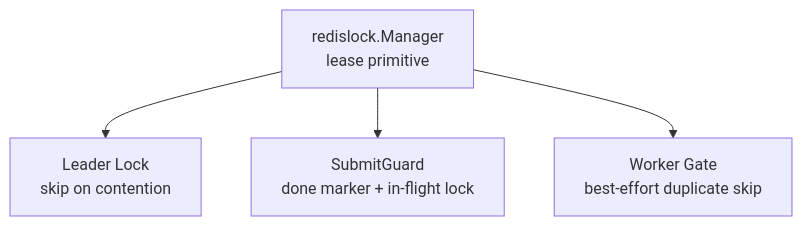
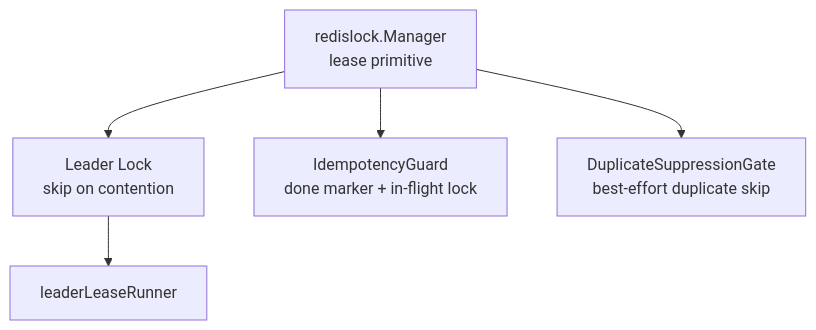
The first of 2 diagrams in docs/03-基础设施/resilience/04-RedisLock幂等与重复抑制.md (FangcunMount/qs-server), drawn with Mermaid before and after one commit. The commit also changed other lines of this file and 58 other files, not shown here.

Commit message:
pref Resilience Plane 重构：WorkerPool、显式 Backpressure、三类 Lock 语义接口

````diff
--- a/docs/03-基础设施/resilience/04-RedisLock幂等与重复抑制.md
+++ b/docs/03-基础设施/resilience/04-RedisLock幂等与重复抑制.md
@@ -16,11 +16,12 @@
 ```mermaid
 flowchart TD
     redislock["redislock.Manager<br/>lease primitive"]
     leader["Leader Lock<br/>skip on contention"]
-    submit["SubmitGuard<br/>done marker + in-flight lock"]
-    duplicate["Worker Gate<br/>best-effort duplicate skip"]
+    leaderPort["leaderLeaseRunner"]
+    submit["IdempotencyGuard<br/>done marker + in-flight lock"]
+    duplicate["DuplicateSuppressionGate<br/>best-effort duplicate skip"]
 
-    redislock --> leader
+    redislock --> leader --> leaderPort
     redislock --> submit
     redislock --> duplicate
 ```
````
